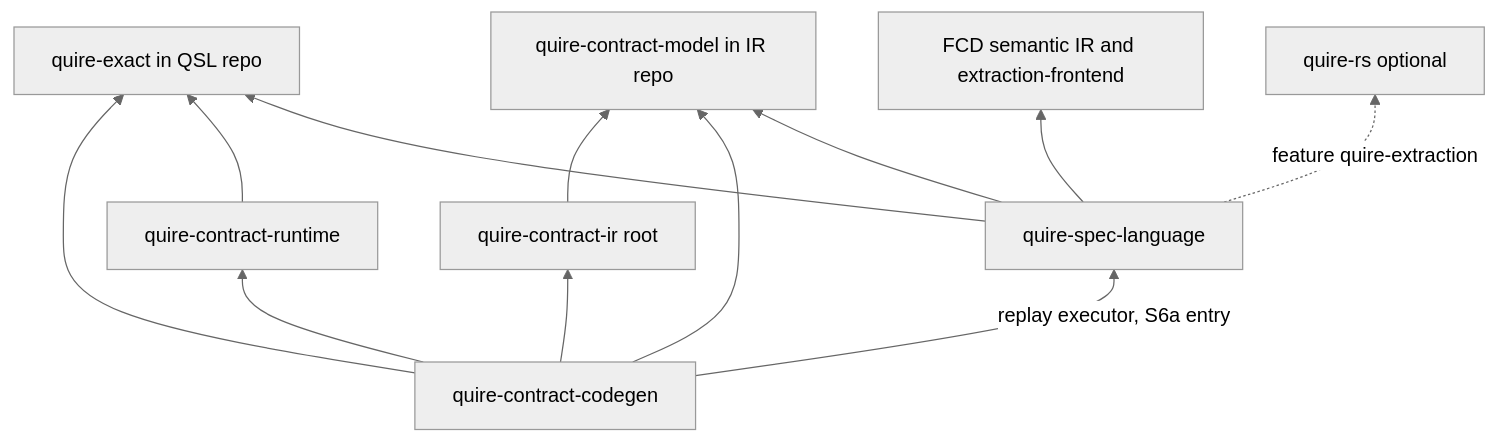
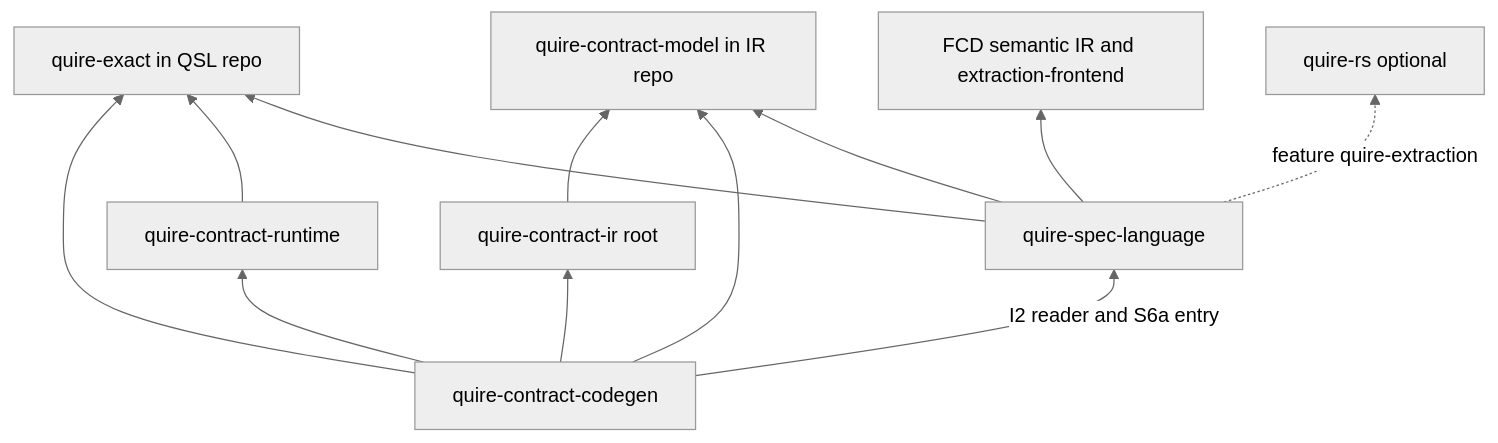
Before and after one commit to agent-ix/quire-spec-language: the second of 2 diagrams in spec/decisions/ADR-011-stage-dag-and-dependency-architecture.md, drawn with Mermaid (neutral theme). The commit also changed other lines of this file and 8 other files, not shown here.

````diff
--- a/spec/decisions/ADR-011-stage-dag-and-dependency-architecture.md
+++ b/spec/decisions/ADR-011-stage-dag-and-dependency-architecture.md
@@ -383,22 +518,22 @@
 ```mermaid
 flowchart BT
   QX[quire-exact in QSL repo]
   QSL[quire-spec-language]
   CM[quire-contract-model in IR repo]
   IR[quire-contract-ir root]
   RT[quire-contract-runtime]
   CG[quire-contract-codegen]
   FCD[FCD semantic IR and extraction-frontend]
   QRS[quire-rs optional]
   QSL --> QX
   QSL --> CM
   QSL --> FCD
   QSL -.->|feature quire-extraction| QRS
   RT --> QX
   CG --> QX
   CG --> CM
   CG --> IR
   CG --> RT
-  CG -->|replay executor, S6a entry| QSL
+  CG -->|I2 reader and S6a entry| QSL
   IR --> CM
 ```
````
